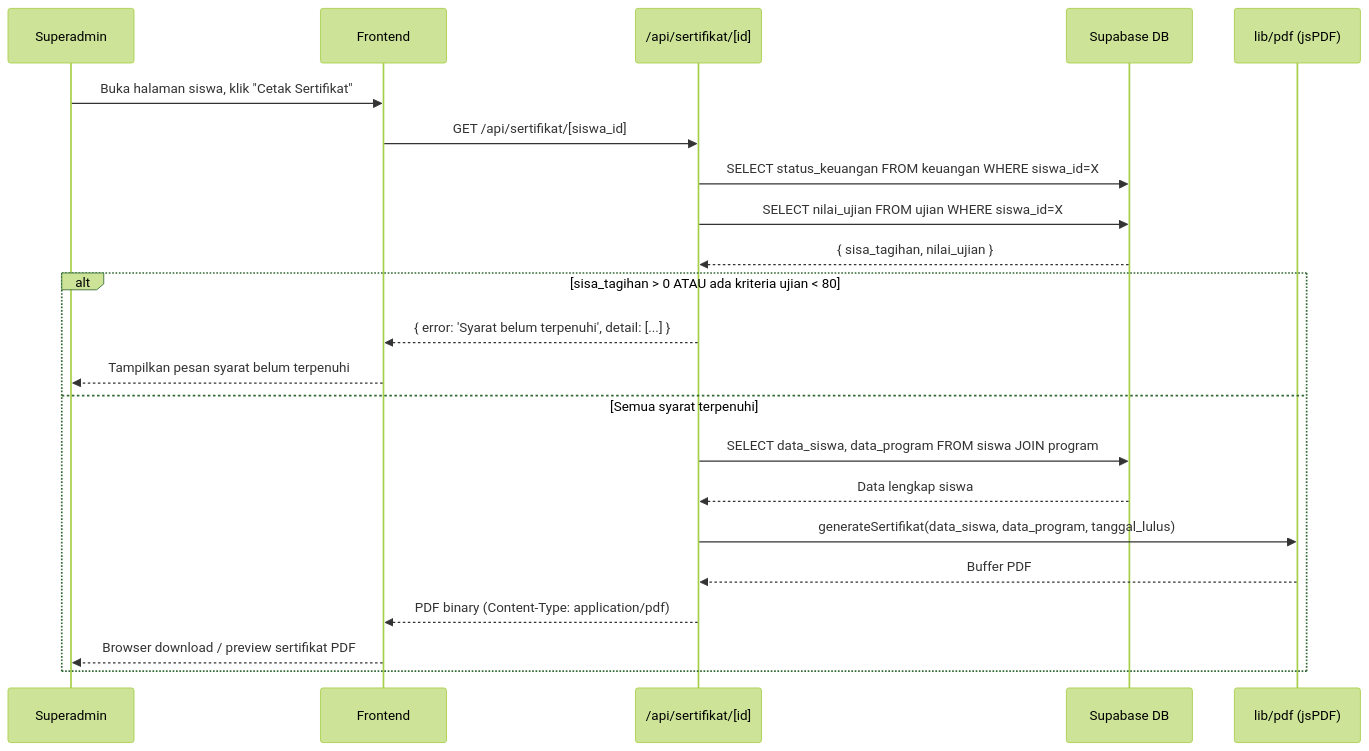
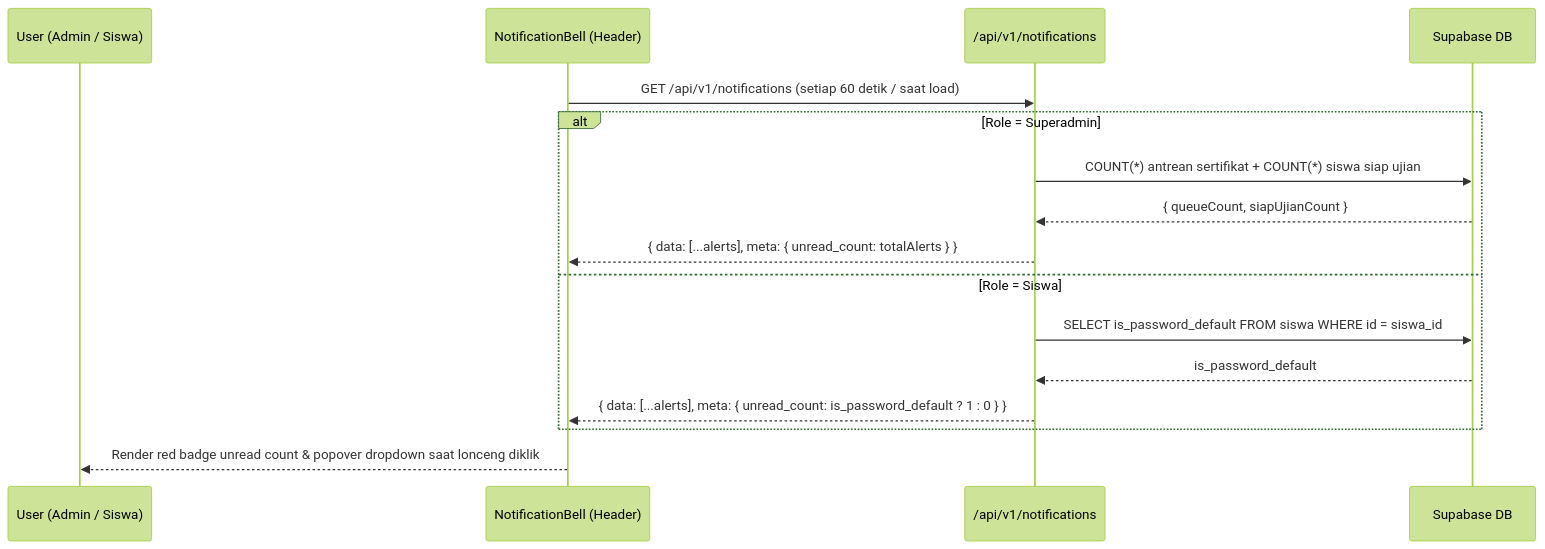
The eighth of 8 diagrams in docs/design/arsitektur.md (Fawwzrf/lpks_system), drawn with Mermaid (forest theme) before and after one commit. The commit also changed other lines of this file and 23 other files, not shown here.

Commit message:
docs: update all documentation for v1 architecture and untrack graphify-out

````diff
--- a/docs/design/arsitektur.md
+++ b/docs/design/arsitektur.md
@@ -319,25 +430,19 @@
 ```mermaid
 sequenceDiagram
-    participant SA as Superadmin
-    participant FE as Frontend
-    participant API as /api/sertifikat/[id]
+    participant U as User (Admin / Siswa)
+    participant FE as NotificationBell (Header)
+    participant API as /api/v1/notifications
     participant DB as Supabase DB
-    participant PDF as lib/pdf (jsPDF)
 
-    SA->>FE: Buka halaman siswa, klik "Cetak Sertifikat"
-    FE->>API: GET /api/sertifikat/[siswa_id]
-    API->>DB: SELECT status_keuangan FROM keuangan WHERE siswa_id=X
-    API->>DB: SELECT nilai_ujian FROM ujian WHERE siswa_id=X
-    DB-->>API: { sisa_tagihan, nilai_ujian }
-    alt sisa_tagihan > 0 ATAU ada kriteria ujian < 80
-        API-->>FE: { error: 'Syarat belum terpenuhi', detail: [...] }
-        FE-->>SA: Tampilkan pesan syarat belum terpenuhi
-    else Semua syarat terpenuhi
-        API->>DB: SELECT data_siswa, data_program FROM siswa JOIN program
-        DB-->>API: Data lengkap siswa
-        API->>PDF: generateSertifikat(data_siswa, data_program, tanggal_lulus)
-        PDF-->>API: Buffer PDF
-        API-->>FE: PDF binary (Content-Type: application/pdf)
-        FE-->>SA: Browser download / preview sertifikat PDF
+    FE->>API: GET /api/v1/notifications (setiap 60 detik / saat load)
+    alt Role = Superadmin
+        API->>DB: COUNT(*) antrean sertifikat + COUNT(*) siswa siap ujian
+        DB-->>API: { queueCount, siapUjianCount }
+        API-->>FE: { data: [...alerts], meta: { unread_count: totalAlerts } }
+    else Role = Siswa
+        API->>DB: SELECT is_password_default FROM siswa WHERE id = siswa_id
+        DB-->>API: is_password_default
+        API-->>FE: { data: [...alerts], meta: { unread_count: is_password_default ? 1 : 0 } }
     end
+    FE-->>U: Render red badge unread count & popover dropdown saat lonceng diklik
 ```
````
